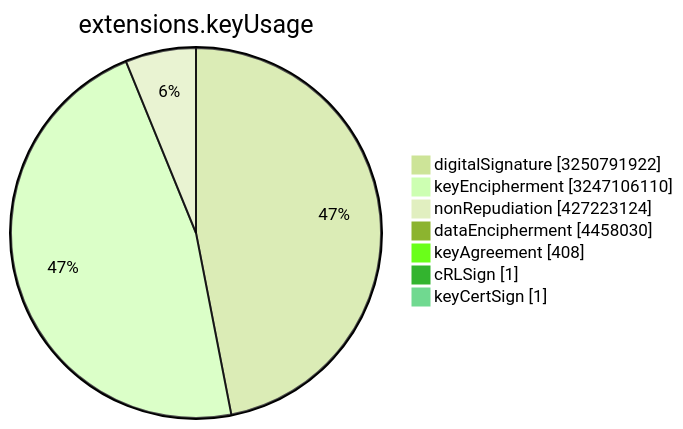
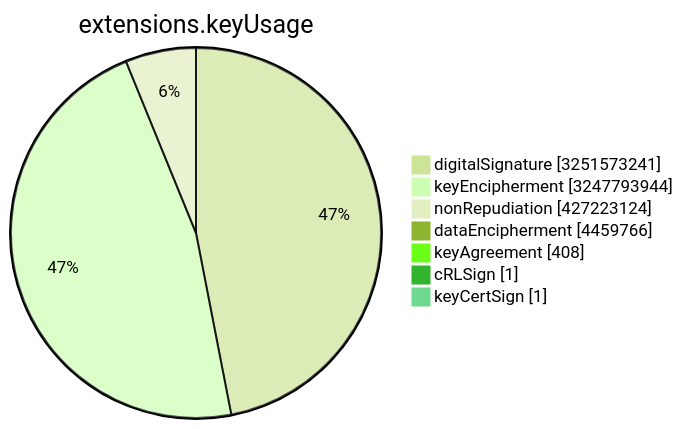
Before and after one commit to christiankrug/ctmonitor_visualization: the sixth of 15 diagrams in TOTAL/README.md, drawn with Mermaid (forest theme). The commit also changed other lines of this file, not shown here.

````diff
--- a/TOTAL/README.md
+++ b/TOTAL/README.md
@@ -3078,11 +3078,11 @@
 ```mermaid
 pie showData
 title extensions.keyUsage
-"digitalSignature" :3250791922
-"keyEncipherment" :3247106110
+"digitalSignature" :3251573241
+"keyEncipherment" :3247793944
 "nonRepudiation" :427223124
-"dataEncipherment" :4458030
+"dataEncipherment" :4459766
 "keyAgreement" :408
 "cRLSign" :1
 "keyCertSign" :1
 ```
````
